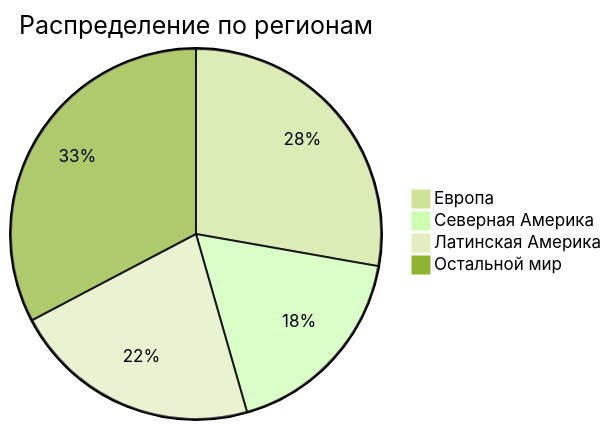
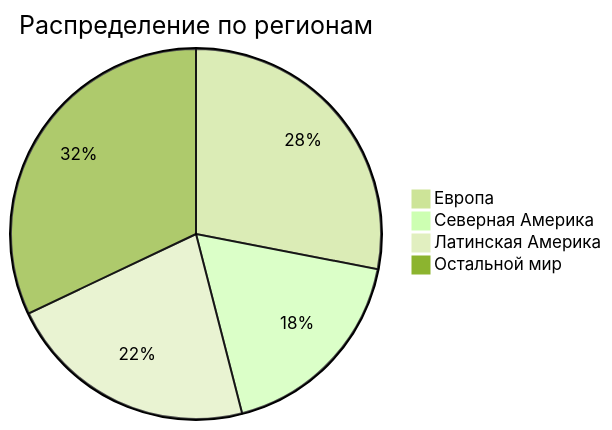
One commit to Bopster410/highload-homework changed the diagram in README.md. Above: the diagram before and after it, drawn with Mermaid (forest theme). The commit also changed other lines of this file, not shown here.

````diff
--- a/README.md
+++ b/README.md
@@ -18,8 +18,8 @@
 ```mermaid
 pie
     title Распределение по регионам
     "Европа" : 175
     "Северная Америка" :112
     "Латинская Америка" : 137
-    "Остальной мир": 206 
+    "Остальной мир": 200 
 ```
````
